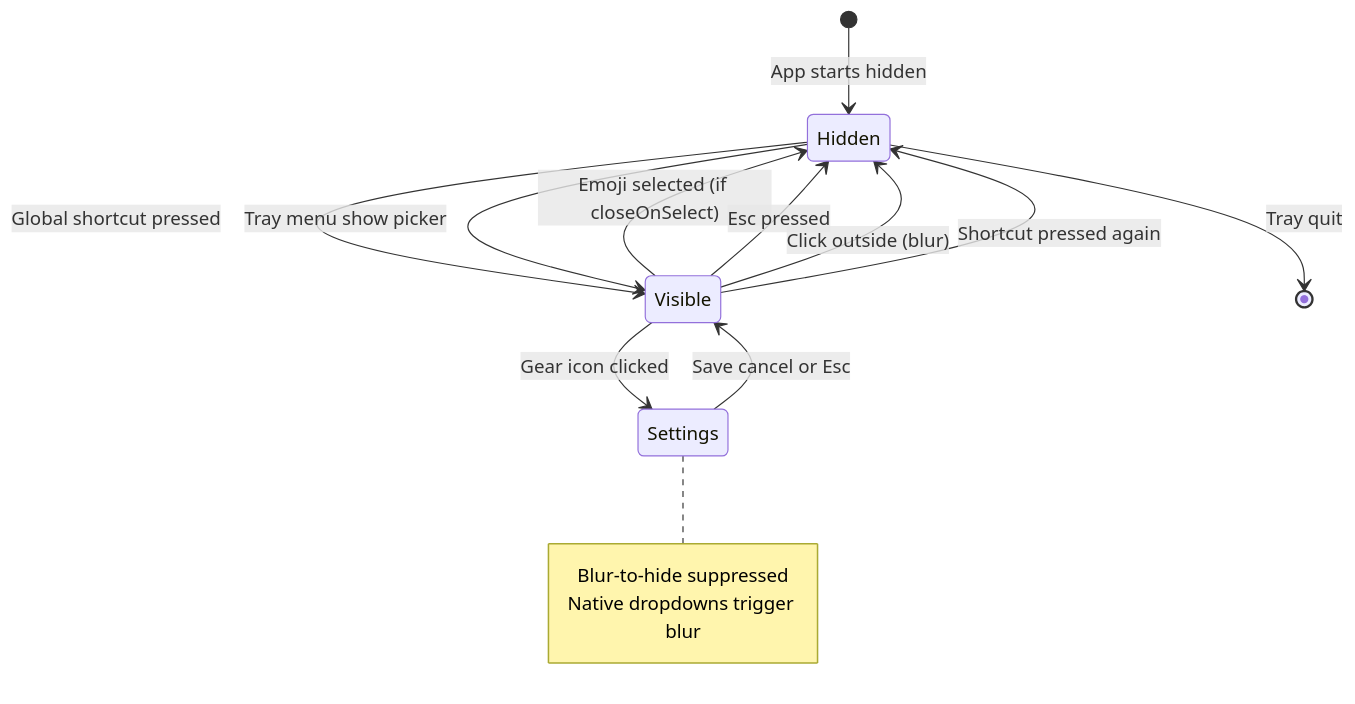
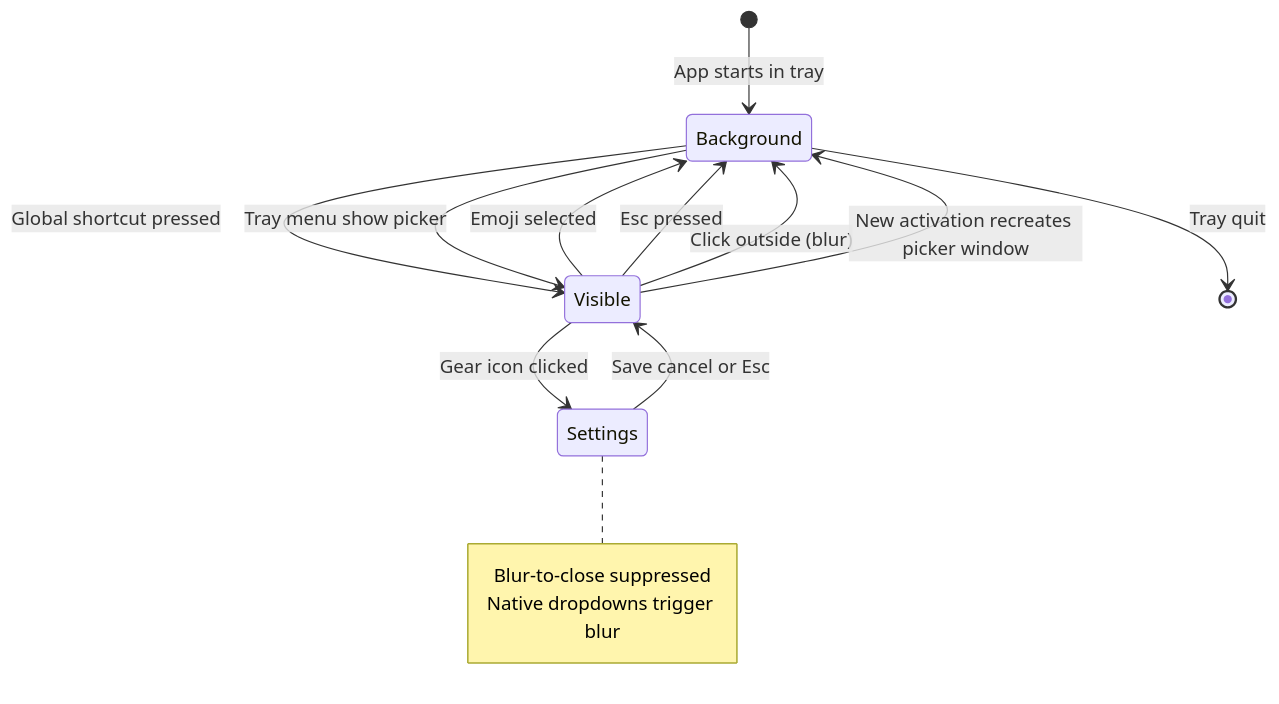
One commit to liminal-hq/emoji-nook changed the ninth of 10 diagrams in docs/architecture.md. Above: the diagram before and after it, drawn with Mermaid. The commit also changed other lines of this file and 5 other files, not shown here.

First line of the commit message:
fix: recreate the picker as a tray-backed dynamic window

````diff
--- a/docs/architecture.md
+++ b/docs/architecture.md
@@ -358,22 +358,22 @@
 ```mermaid
 stateDiagram-v2
-    [*] --> Hidden: App starts hidden
+    [*] --> Background: App starts in tray
 
-    Hidden --> Visible: Global shortcut pressed
-    Hidden --> Visible: Tray menu show picker
+    Background --> Visible: Global shortcut pressed
+    Background --> Visible: Tray menu show picker
 
-    Visible --> Hidden: Emoji selected (if closeOnSelect)
-    Visible --> Hidden: Esc pressed
-    Visible --> Hidden: Click outside (blur)
-    Visible --> Hidden: Shortcut pressed again
+    Visible --> Background: Emoji selected
+    Visible --> Background: Esc pressed
+    Visible --> Background: Click outside (blur)
+    Visible --> Background: New activation recreates picker window
 
     Visible --> Settings: Gear icon clicked
     Settings --> Visible: Save cancel or Esc
 
     note right of Settings
-        Blur-to-hide suppressed
+        Blur-to-close suppressed
         Native dropdowns trigger blur
     end note
 
-    Hidden --> [*]: Tray quit
+    Background --> [*]: Tray quit
 ```
````
